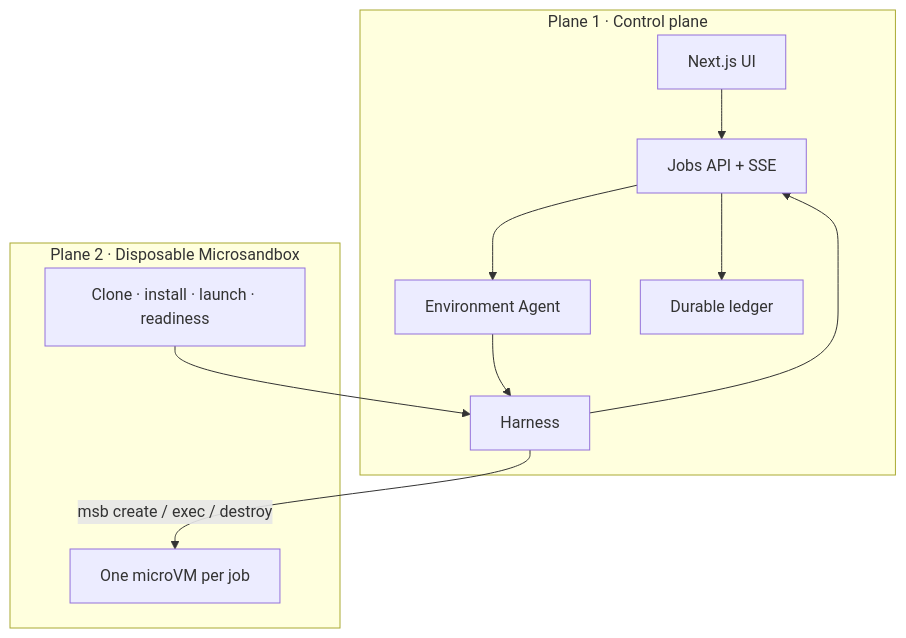
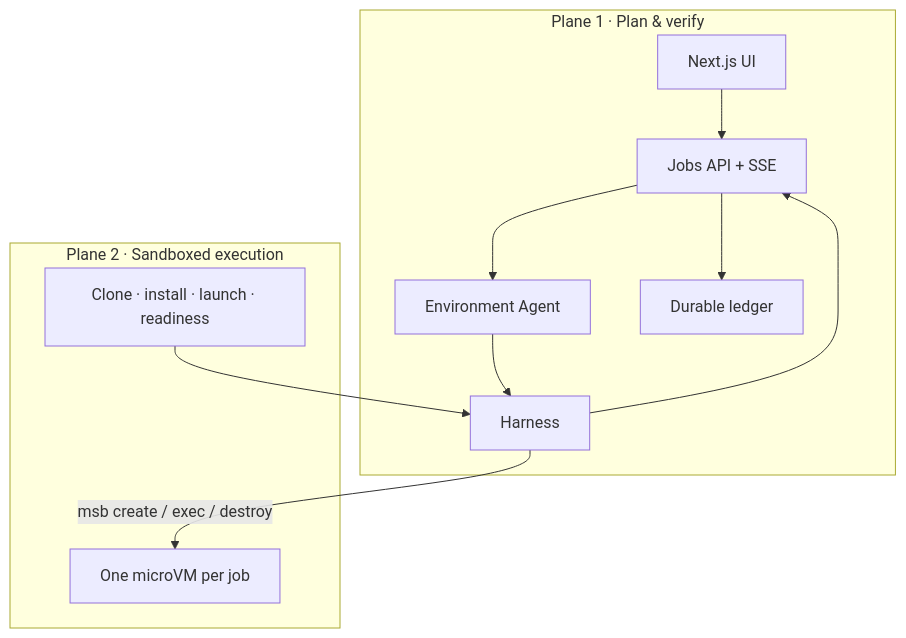
The third of 6 diagrams in README.md (ludvigodin/killhub), drawn with Mermaid before and after one commit. The commit also changed other lines of this file and 35 other files, not shown here.

````diff
--- a/README.md
+++ b/README.md
@@ -83,23 +79,23 @@
 ```mermaid
 flowchart TB
-  subgraph plane1 ["Plane 1 · Control plane"]
+  subgraph plane1 ["Plane 1 · Plan & verify"]
     UI["Next.js UI"]
     API["Jobs API + SSE"]
     Agent["Environment Agent"]
     Harness["Harness"]
     Ledger["Durable ledger"]
   end
 
-  subgraph plane2 ["Plane 2 · Disposable Microsandbox"]
+  subgraph plane2 ["Plane 2 · Sandboxed execution"]
     VM["One microVM per job"]
     Work["Clone · install · launch · readiness"]
   end
 
   UI --> API
   API --> Agent
   Agent --> Harness
   Harness -->|"msb create / exec / destroy"| VM
   Work --> Harness
   Harness --> API
   API --> Ledger
 ```
````
